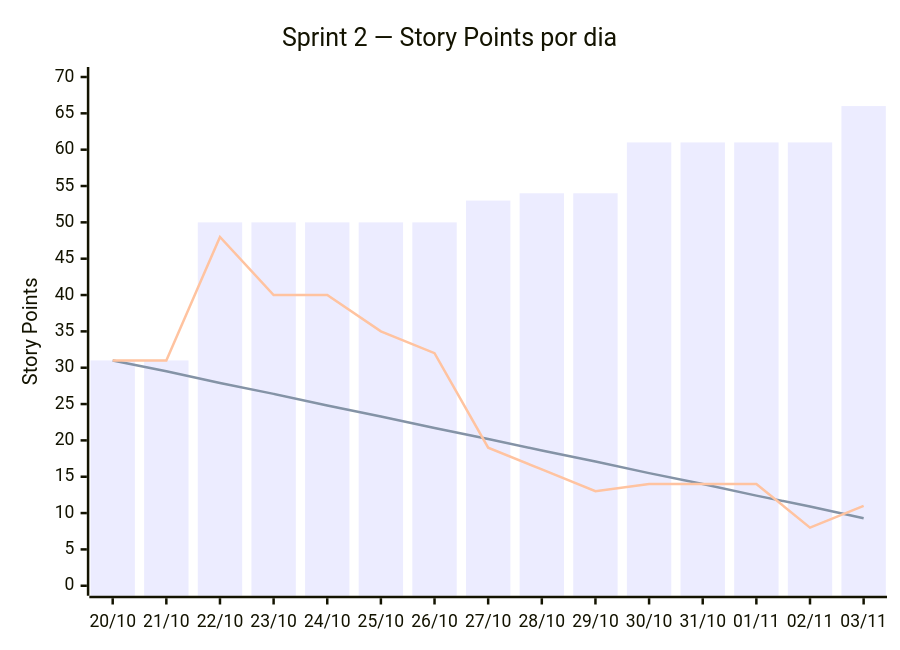
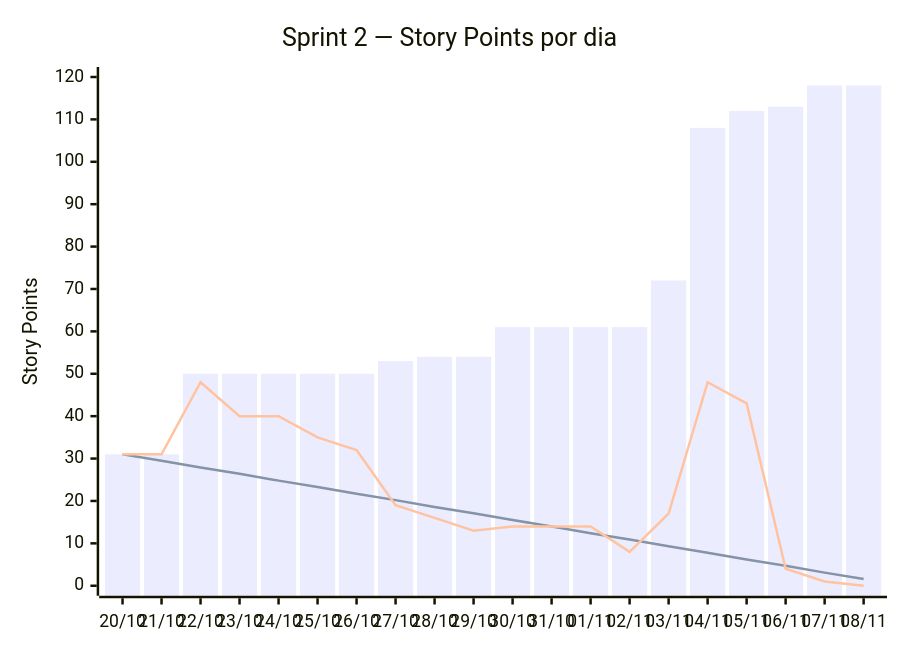
Before and after one commit to DEVassos/ecopulse-app: the diagram in docs/sprints/sprint-2/burndown.md, drawn with Mermaid. The commit also changed other lines of this file, not shown here.

````diff
--- a/docs/sprints/sprint-2/burndown.md
+++ b/docs/sprints/sprint-2/burndown.md
@@ -5,9 +5,9 @@
 ```mermaid
 xychart-beta
     title "Sprint 2 — Story Points por dia"
-    x-axis ["20/10", "21/10", "22/10", "23/10", "24/10", "25/10", "26/10", "27/10", "28/10", "29/10", "30/10", "31/10", "01/11", "02/11", "03/11"]
-    y-axis "Story Points" 0 --> 70
-    bar [31, 31, 50, 50, 50, 50, 50, 53, 54, 54, 61, 61, 61, 61, 66]
-    line [31, 29.5, 27.9, 26.4, 24.8, 23.3, 21.7, 20.2, 18.6, 17.1, 15.5, 14, 12.4, 10.9, 9.3]
-    line [31, 31, 48, 40, 40, 35, 32, 19, 16, 13, 14, 14, 14, 8, 11]
+    x-axis ["20/10", "21/10", "22/10", "23/10", "24/10", "25/10", "26/10", "27/10", "28/10", "29/10", "30/10", "31/10", "01/11", "02/11", "03/11", "04/11", "05/11", "06/11", "07/11", "08/11"]
+    y-axis "Story Points" 0 --> 120
+    bar [31, 31, 50, 50, 50, 50, 50, 53, 54, 54, 61, 61, 61, 61, 72, 108, 112, 113, 118, 118]
+    line [31, 29.5, 27.9, 26.4, 24.8, 23.3, 21.7, 20.2, 18.6, 17.1, 15.5, 14, 12.4, 10.9, 9.3, 7.8, 6.2, 4.7, 3.1, 1.6]
+    line [31, 31, 48, 40, 40, 35, 32, 19, 16, 13, 14, 14, 14, 8, 17, 48, 43, 4, 1, 0]
 ```
````
